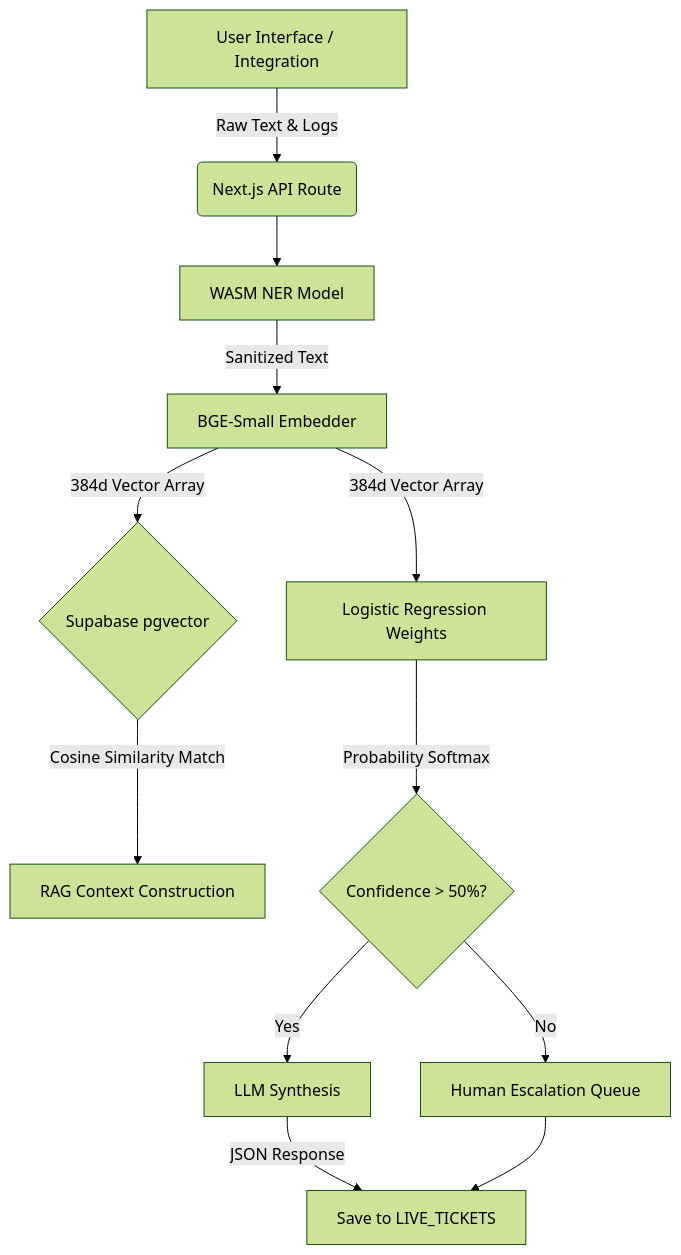
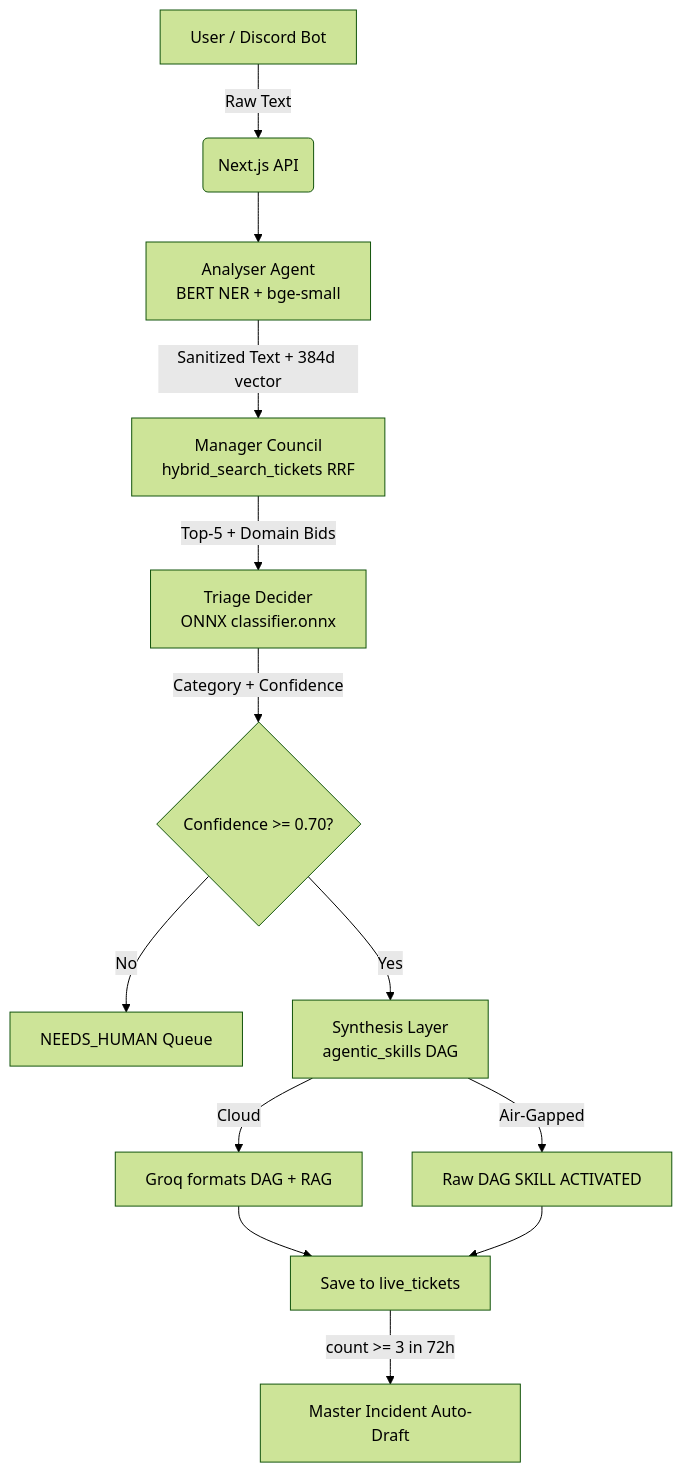
Before and after one commit to trishakapoor/NASSCOM-helpdesk: the second of 4 diagrams in PROJECT_DESCRIPTION.md, drawn with Mermaid (forest theme). The commit also changed other lines of this file and 17 other files, not shown here.

Commit message:
Final: Multi-Agent Council Implementation & WASM Inference migration

````diff
--- a/PROJECT_DESCRIPTION.md
+++ b/PROJECT_DESCRIPTION.md
@@ -72,14 +113,15 @@
 ```mermaid
 graph TD
-    A[User Interface / Integration] -->|Raw Text & Logs| B(Next.js API Route)
-    B --> C[WASM NER Model]
-    C -->|Sanitized Text| D[BGE-Small Embedder]
-    D -->|384d Vector Array| E{Supabase pgvector}
-    E -->|Cosine Similarity Match| F[RAG Context Construction]
-    D -->|384d Vector Array| G[Logistic Regression Weights]
-    G -->|Probability Softmax| H{Confidence > 50%?}
-    H -- Yes --> I[LLM Synthesis]
-    H -- No --> J[Human Escalation Queue]
-    I -->|JSON Response| K[Save to LIVE_TICKETS]
+    A[User / Discord Bot] -->|Raw Text| B(Next.js API)
+    B --> C[Analyser Agent\nBERT NER + bge-small]
+    C -->|Sanitized Text + 384d vector| D[Manager Council\nhybrid_search_tickets RRF]
+    D -->|Top-5 + Domain Bids| E[Triage Decider\nONNX classifier.onnx]
+    E -->|Category + Confidence| F{Confidence >= 0.70?}
+    F -- No --> G[NEEDS_HUMAN Queue]
+    F -- Yes --> H[Synthesis Layer\nagentic_skills DAG]
+    H -- Cloud --> I[Groq formats DAG + RAG]
+    H -- Air-Gapped --> J[Raw DAG SKILL ACTIVATED]
+    I --> K[Save to live_tickets]
     J --> K
+    K -->|count >= 3 in 72h| L[Master Incident Auto-Draft]
 ```
````
